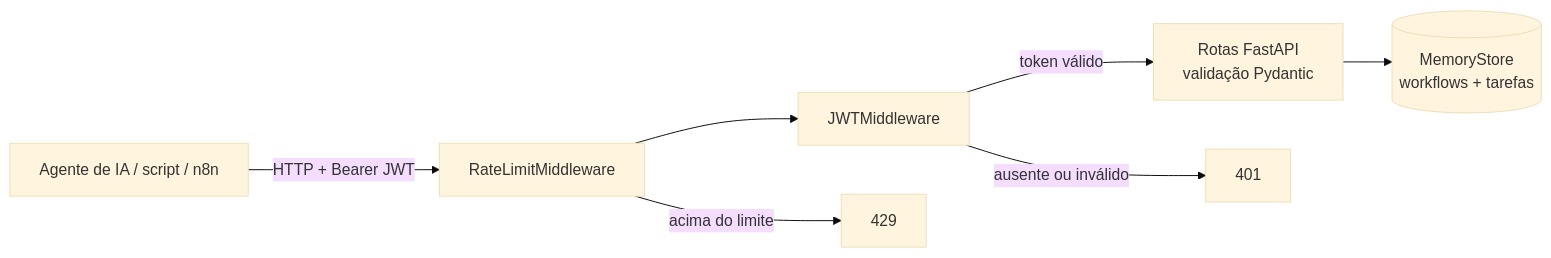
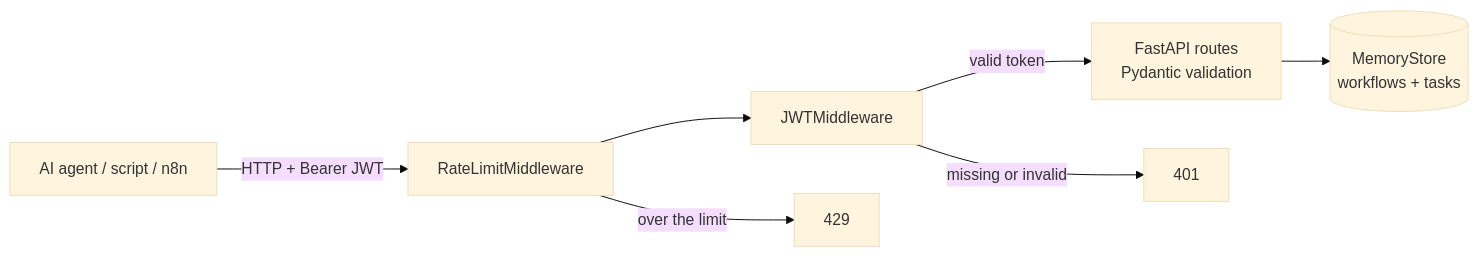
Before and after one commit to PresetyX/ai-agent-fastapi-service: the diagram in README.md, drawn with Mermaid (base theme). The commit also changed other lines of this file and 1 other file, not shown here.

````diff
--- a/README.md
+++ b/README.md
@@ -29,9 +31,9 @@
 ```mermaid
 flowchart LR
-    C[Agente de IA / script / n8n] -->|HTTP + Bearer JWT| RL[RateLimitMiddleware]
+    C[AI agent / script / n8n] -->|HTTP + Bearer JWT| RL[RateLimitMiddleware]
     RL --> JWT[JWTMiddleware]
-    JWT -->|token válido| API[Rotas FastAPI<br/>validação Pydantic]
-    JWT -->|ausente ou inválido| E401[401]
-    RL -->|acima do limite| E429[429]
-    API --> S[(MemoryStore<br/>workflows + tarefas)]
+    JWT -->|valid token| API[FastAPI routes<br/>Pydantic validation]
+    JWT -->|missing or invalid| E401[401]
+    RL -->|over the limit| E429[429]
+    API --> S[(MemoryStore<br/>workflows + tasks)]
 ```
````
